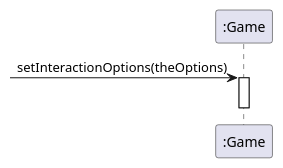
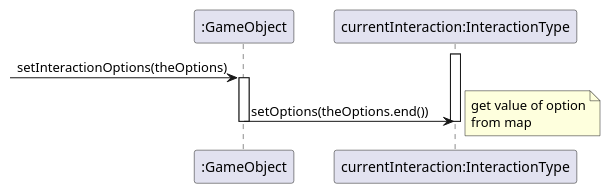
One commit to juliusmarminge/PA1459-Diagrams changed the diagram in Diagrams/setInteractionOption.puml. Above: the diagram before and after it, drawn with PlantUML. The commit also changed 4 other files, not shown here.

```diff
--- a/Diagrams/setInteractionOption.puml
+++ b/Diagrams/setInteractionOption.puml
@@ -1,16 +1,21 @@
 @startuml
 'https://plantuml.com/sequence-diagram
 
-participant ":Game" as game
-
-[->game : setInteractionOptions(theOptions)
-activate game
-
-
-deactivate game
+participant ":GameObject" as gameObject
+participant "currentInteraction:InteractionType" as InteractionType
+activate InteractionType
+[->gameObject : setInteractionOptions(theOptions)
+activate gameObject
+gameObject->InteractionType : setOptions(theOptions.end())
+note right
+get value of option
+from map
+end note
+deactivate gameObject
+deactivate InteractionType
 
 
 'activate someObject
 '[<--someObject : confirms options
 
 @enduml
```
